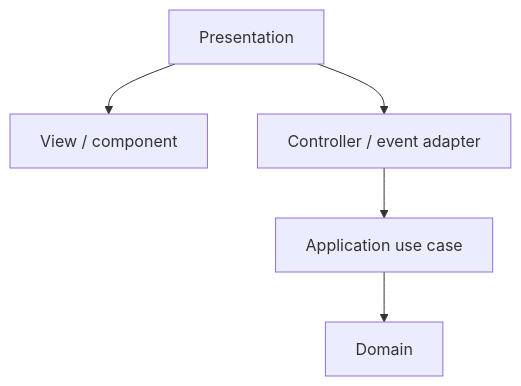
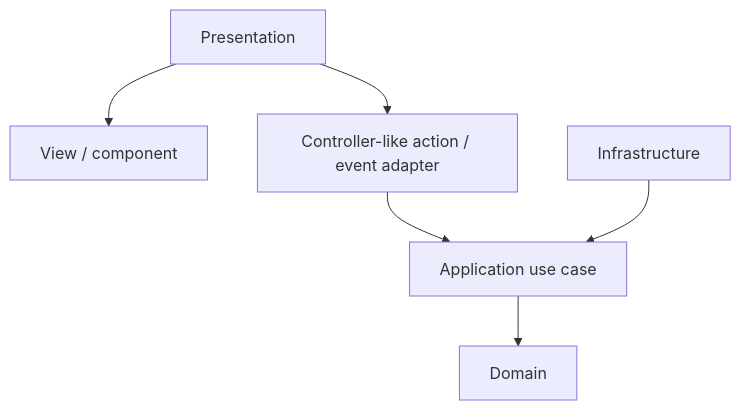
One commit to AndresTaoFlorez/software-architecture changed the third of 6 diagrams in model-view-controller/README.md. Above: the diagram before and after it, drawn with Mermaid. The commit also changed other lines of this file and 26 other files, not shown here.

Commit message:
docs: make architecture guides beginner-first and enforce documentation standards

````diff
--- a/model-view-controller/README.md
+++ b/model-view-controller/README.md
@@ -61,8 +85,9 @@
 ```mermaid
 flowchart TD
     PRES["Presentation"]
     PRES --> V["View / component"]
-    PRES --> C["Controller / event adapter"]
+    PRES --> C["Controller-like action / event adapter"]
     C --> APP["Application use case"]
     APP --> DOMAIN["Domain"]
+    INFRA["Infrastructure"] --> APP
 ```
````
